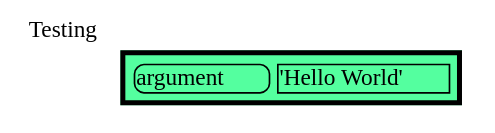
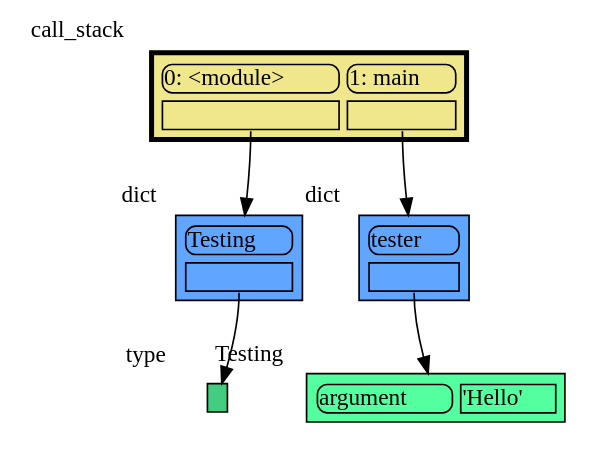
One commit to langmoti/software-engineering changed the diagram in memory_graph.gv. Above: the diagram before and after it, drawn with Graphviz. The commit also changed 4 other files, not shown here.

Commit message:
bit playing with memory graph

```diff
--- a/memory_graph.gv
+++ b/memory_graph.gv
@@ -1,10 +1,39 @@
 digraph memory_graph {
 	graph [fontname="Times-Roman" fontsize=14]
 	node [fontname="Times-Roman" fontsize=14 shape=plaintext]
 	edge [fontname="Times-Roman" fontsize=14]
-	node140294285961472 [label=<
-<TABLE BORDER="3" CELLBORDER="1" CELLSPACING="5" CELLPADDING="0" BGCOLOR="seagreen1" PORT="table">
-    <TR><TD BORDER="1" STYLE="ROUNDED"> argument </TD><TD BORDER="1"> 'Hello World' </TD></TR>
+	node871979232 [label=<
+<TABLE BORDER="1" CELLBORDER="1" CELLSPACING="0" CELLPADDING="0" BGCOLOR="seagreen3" PORT="table">
+    <TR><TD BORDER="0">  </TD></TR>
+</TABLE>
+> xlabel=type]
+	node140704420442496 [label=<
+<TABLE BORDER="1" CELLBORDER="1" CELLSPACING="5" CELLPADDING="0" BGCOLOR="#60a5ff" PORT="table">
+    <TR><TD BORDER="1" STYLE="ROUNDED"> Testing </TD></TR>
+    <TR><TD BORDER="1" PORT="ref0"> </TD></TR>
+</TABLE>
+> xlabel=dict]
+	node140704420442496:ref0 -> node871979232:table [style=solid]
+	node140704416574032 [label=<
+<TABLE BORDER="1" CELLBORDER="1" CELLSPACING="5" CELLPADDING="0" BGCOLOR="seagreen1" PORT="table">
+    <TR><TD BORDER="1" STYLE="ROUNDED"> argument </TD><TD BORDER="1"> 'Hello' </TD></TR>
 </TABLE>
 > xlabel=Testing]
+	node140704416156416 [label=<
+<TABLE BORDER="1" CELLBORDER="1" CELLSPACING="5" CELLPADDING="0" BGCOLOR="#60a5ff" PORT="table">
+    <TR><TD BORDER="1" STYLE="ROUNDED"> tester </TD></TR>
+    <TR><TD BORDER="1" PORT="ref0"> </TD></TR>
+</TABLE>
+> xlabel=dict]
+	node140704416156416:ref0 -> node140704416574032:table [style=solid]
+	node140704416259424 [label=<
+<TABLE BORDER="3" CELLBORDER="1" CELLSPACING="5" CELLPADDING="0" BGCOLOR="khaki" PORT="table">
+    <TR><TD BORDER="1" STYLE="ROUNDED"> 0: &lt;module&gt; </TD><TD BORDER="1" STYLE="ROUNDED"> 1: main </TD></TR>
+    <TR><TD BORDER="1" PORT="ref0"> </TD><TD BORDER="1" PORT="ref1"> </TD></TR>
+</TABLE>
+> xlabel=call_stack]
+	node140704416259424:ref0 -> node140704420442496:table [style=solid]
+	node140704416259424:ref1 -> node140704416156416:table [style=solid]
+subgraph { rank=same; node140704420442496 -> node140704416156416[weight=10, style=invis]; }
+subgraph { rank=same; node871979232 -> node140704416574032[weight=10, style=invis]; }
 }
```
